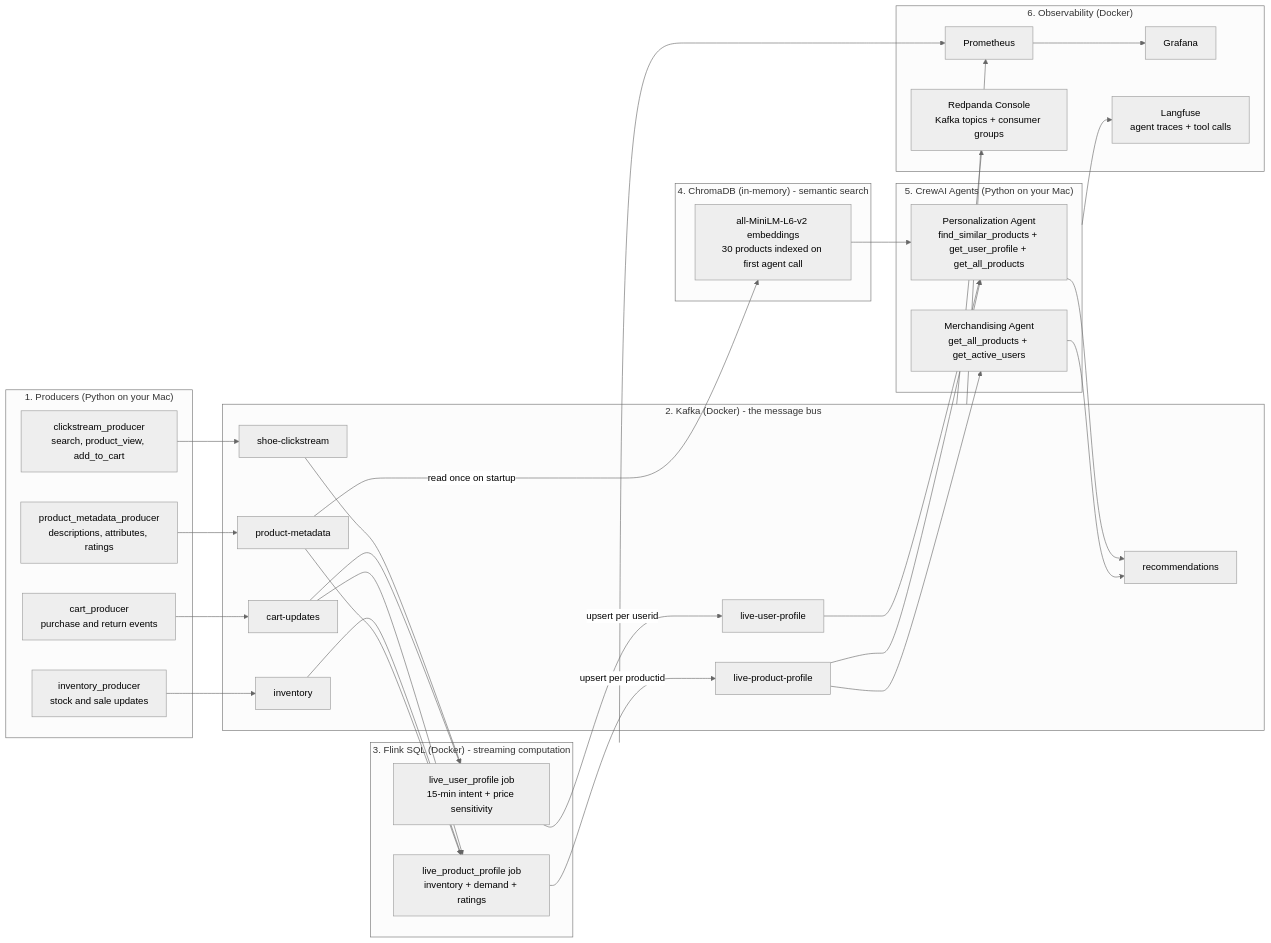
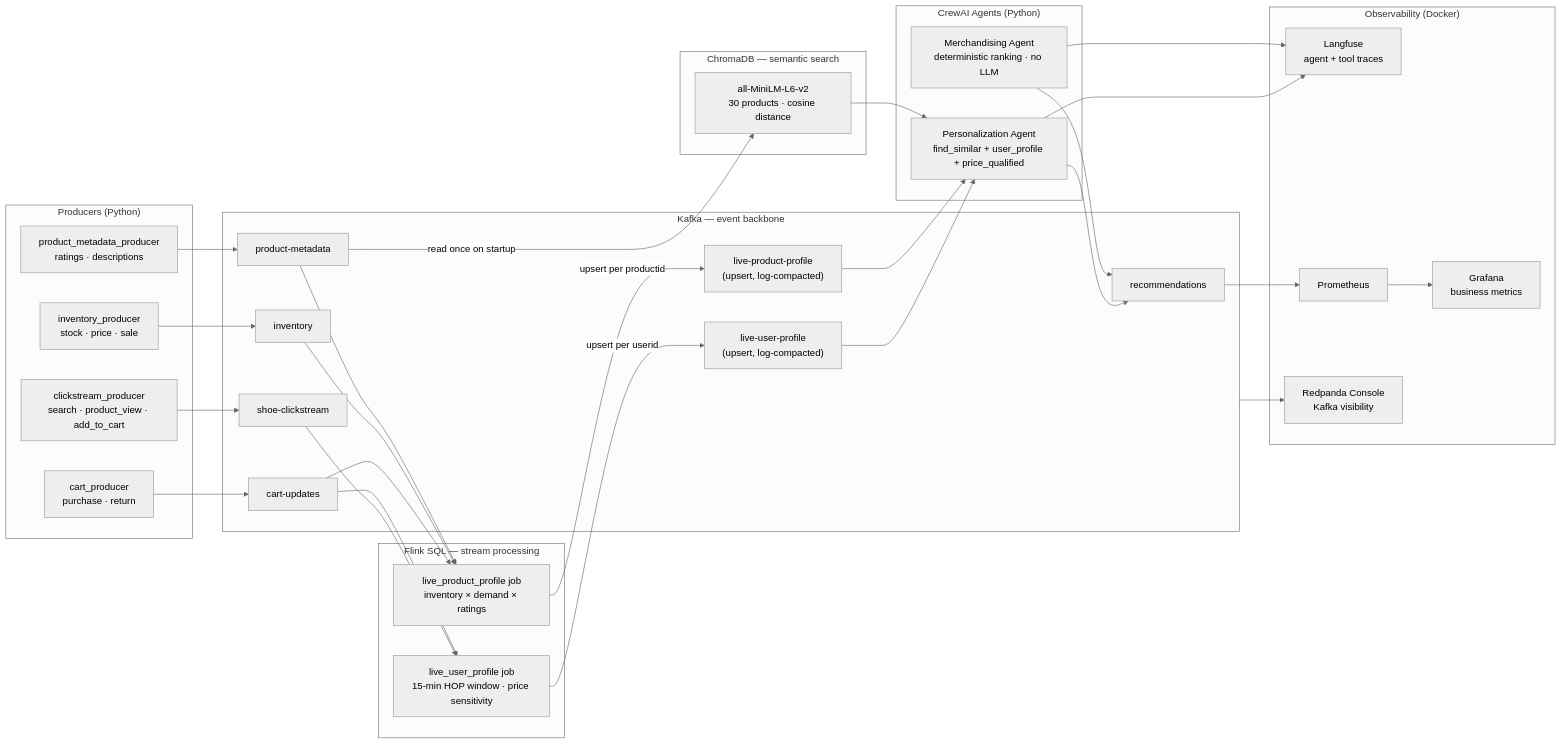
Before and after one commit to AdvaitDarbare/realtime-personalization-engine: the diagram in README.md, drawn with Mermaid (neutral theme). The commit also changed other lines of this file and 4 other files, not shown here.

````diff
--- a/README.md
+++ b/README.md
@@ -27,69 +28,52 @@
 ```mermaid
 flowchart LR
-    subgraph Producers["1. Producers (Python on your Mac)"]
-        C["clickstream_producer\nsearch, product_view, add_to_cart"]
-        O["cart_producer\npurchase and return events"]
-        I["inventory_producer\nstock and sale updates"]
-        M["product_metadata_producer\ndescriptions, attributes, ratings"]
+    subgraph Producers["Producers (Python)"]
+        C["clickstream_producer\nsearch · product_view · add_to_cart"]
+        O["cart_producer\npurchase · return"]
+        I["inventory_producer\nstock · price · sale"]
+        M["product_metadata_producer\nratings · descriptions"]
     end
 
-    subgraph Kafka["2. Kafka (Docker) - the message bus"]
+    subgraph Kafka["Kafka — event backbone"]
         TC["shoe-clickstream"]
         TO["cart-updates"]
         TI["inventory"]
         TM["product-metadata"]
-        TUP["live-user-profile"]
-        TPP["live-product-profile"]
+        TUP["live-user-profile\n(upsert, log-compacted)"]
+        TPP["live-product-profile\n(upsert, log-compacted)"]
         TR["recommendations"]
     end
 
-    subgraph Flink["3. Flink SQL (Docker) - streaming computation"]
-        FU["live_user_profile job\n15-min intent + price sensitivity"]
-        FP["live_product_profile job\ninventory + demand + ratings"]
+    subgraph Flink["Flink SQL — stream processing"]
+        FU["live_user_profile job\n15-min HOP window · price sensitivity"]
+        FP["live_product_profile job\ninventory × demand × ratings"]
     end
 
-    subgraph VectorDB["4. ChromaDB (in-memory) - semantic search"]
-        VDB["all-MiniLM-L6-v2 embeddings\n30 products indexed on first agent call"]
+    subgraph VectorDB["ChromaDB — semantic search"]
+        VDB["all-MiniLM-L6-v2\n30 products · cosine distance"]
     end
 
-    subgraph Agents["5. CrewAI Agents (Python on your Mac)"]
-        PA["Personalization Agent\nfind_similar_products + get_user_profile + get_all_products"]
-        MA["Merchandising Agent\nget_all_products + get_active_users"]
+    subgraph Agents["CrewAI Agents (Python)"]
+        PA["Personalization Agent\nfind_similar + user_profile + price_qualified"]
+        MA["Merchandising Agent\ndeterministic ranking · no LLM"]
     end
 
-    subgraph Dashboard["6. Observability (Docker)"]
+    subgraph Observability["Observability (Docker)"]
+        LF["Langfuse\nagent + tool traces"]
         P["Prometheus"]
-        G["Grafana"]
-        RC["Redpanda Console\nKafka topics + consumer groups"]
-        LF["Langfuse\nagent traces + tool calls"]
+        G["Grafana\nbusiness metrics"]
+        RC["Redpanda Console\nKafka visibility"]
     end
 
-    C --> TC
-    O --> TO
-    I --> TI
-    M --> TM
-
-    TC --> FU
-    TO --> FU
-    TO --> FP
-    TI --> FP
-    TM --> FP
-
-    FU -->|"upsert per userid"| TUP
-    FP -->|"upsert per productid"| TPP
-
-    TM -->|"read once on startup"| VDB
-
-    TUP --> PA
-    TPP --> PA
-    TPP --> MA
-    VDB --> PA
-
-    PA --> TR
-    MA --> TR
-
-    Kafka --> P --> G
+    C --> TC; O --> TO; I --> TI; M --> TM
+    TC --> FU; TO --> FU
+    TO --> FP; TI --> FP; TM --> FP
+    FU -->|upsert per userid| TUP
+    FP -->|upsert per productid| TPP
+    TM -->|read once on startup| VDB
+    TUP --> PA; TPP --> PA; VDB --> PA
+    PA --> TR; MA --> TR
+    TR --> P --> G
     Kafka --> RC
-    Flink --> P
-    Agents --> LF
+    PA --> LF; MA --> LF
 ```
````
